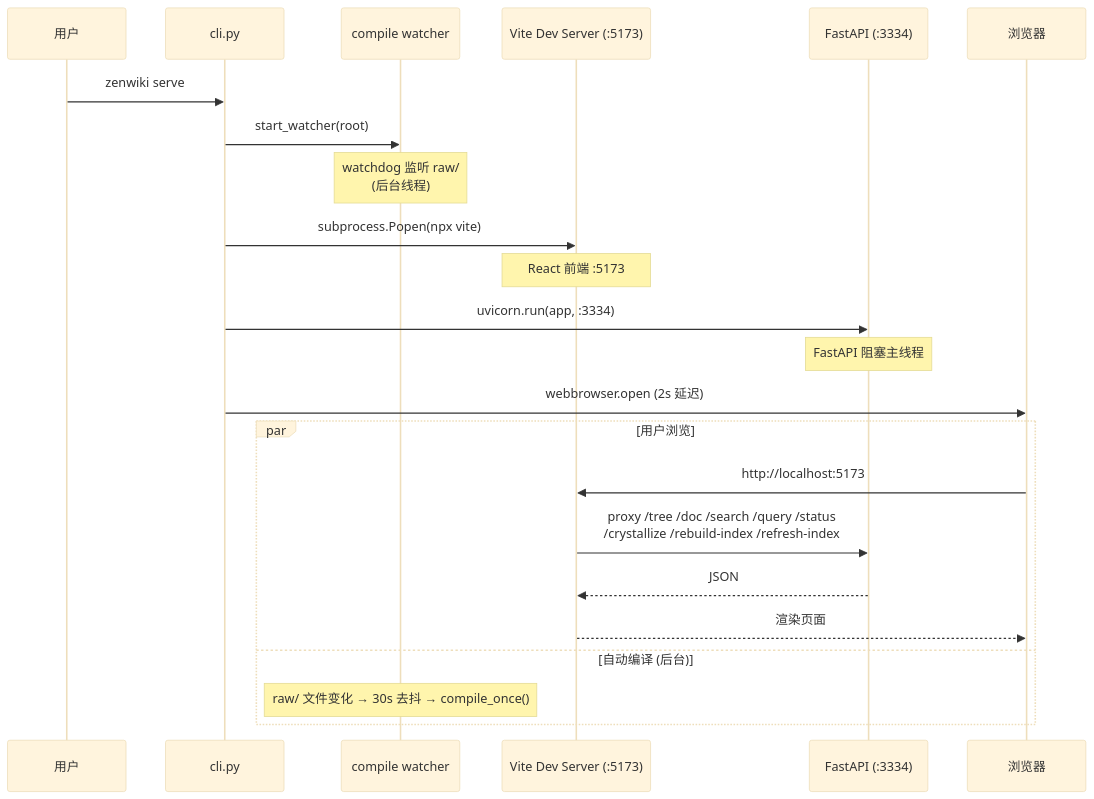
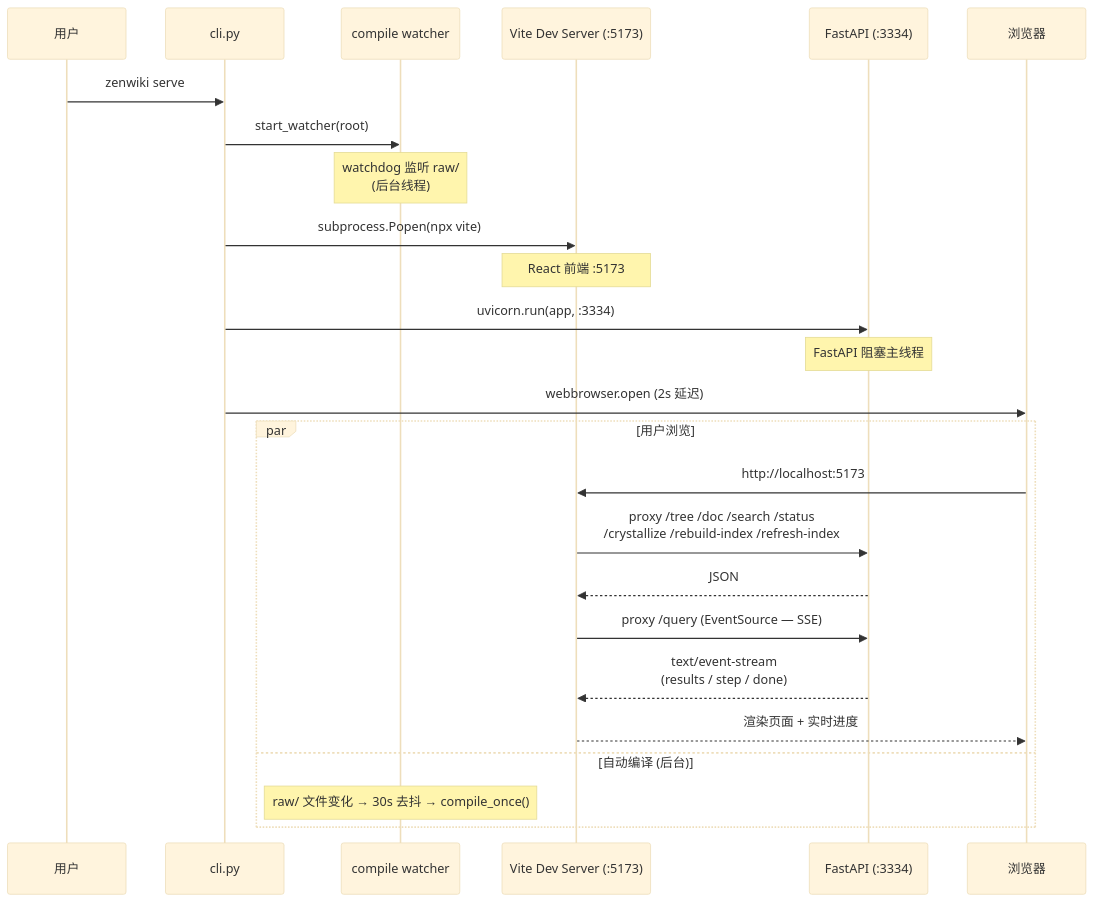
Before and after one commit to ChenXplorer/zenwiki: the fourth of 10 diagrams in core/architecture-diagrams.md, drawn with Mermaid (base theme). The commit also changed other lines of this file, not shown here.

````diff
--- a/core/architecture-diagrams.md
+++ b/core/architecture-diagrams.md
@@ -185,28 +189,30 @@
 ```mermaid
 sequenceDiagram
     participant User as 用户
     participant CLI as cli.py
     participant Watcher as compile watcher
     participant Vite as Vite Dev Server (:5173)
     participant API as FastAPI (:3334)
     participant Browser as 浏览器
 
     User->>CLI: zenwiki serve
     CLI->>Watcher: start_watcher(root)
     Note over Watcher: watchdog 监听 raw/<br/>(后台线程)
     CLI->>Vite: subprocess.Popen(npx vite)
     Note over Vite: React 前端 :5173
     CLI->>API: uvicorn.run(app, :3334)
     Note over API: FastAPI 阻塞主线程
 
     CLI->>Browser: webbrowser.open (2s 延迟)
 
     par 用户浏览
         Browser->>Vite: http://localhost:5173
-        Vite->>API: proxy /tree /doc /search /query /status<br/>/crystallize /rebuild-index /refresh-index
+        Vite->>API: proxy /tree /doc /search /status<br/>/crystallize /rebuild-index /refresh-index
         API-->>Vite: JSON
-        Vite-->>Browser: 渲染页面
+        Vite->>API: proxy /query (EventSource — SSE)
+        API-->>Vite: text/event-stream<br/>(results / step / done)
+        Vite-->>Browser: 渲染页面 + 实时进度
     and 自动编译 (后台)
         Note over Watcher: raw/ 文件变化 → 30s 去抖 → compile_once()
     end
 ```
````
